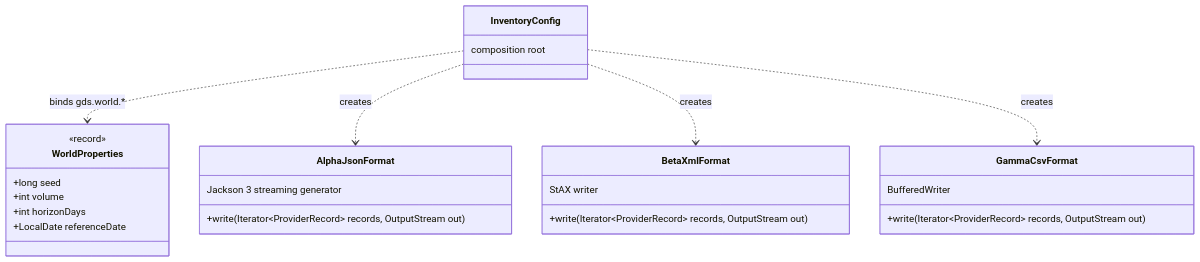
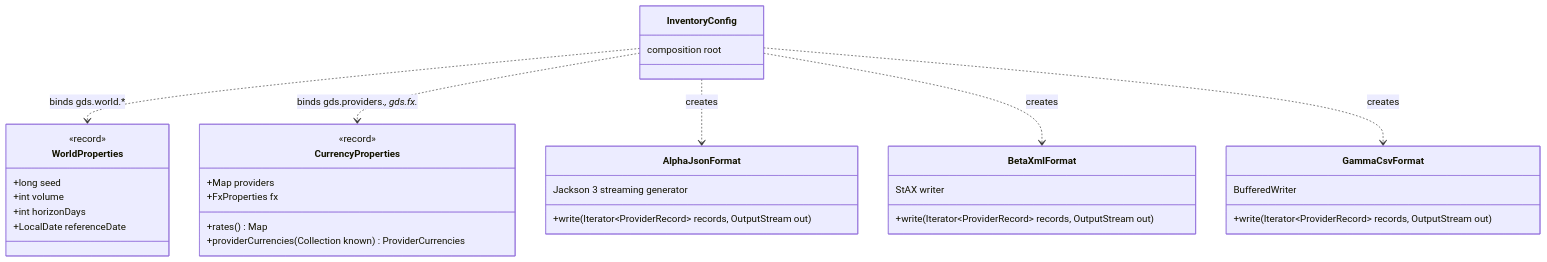
One commit to andresps980/flight-aggregator changed the second of 2 diagrams in docs/architecture/packages/gds-mock/inventory-infrastructure.md. Above: the diagram before and after it, drawn with Mermaid. The commit also changed other lines of this file and 14 other files, not shown here.

Commit message:
docs: spec 008 in usage, providers, architecture, SOLUTION.md and README; compose mixes currencies, CI uses the FX double

````diff
--- a/docs/architecture/packages/gds-mock/inventory-infrastructure.md
+++ b/docs/architecture/packages/gds-mock/inventory-infrastructure.md
@@ -64,31 +70,39 @@
 ```mermaid
 classDiagram
     %% package: com.andresps.gdsmock.inventory.infrastructure.adapter.in.web.format
     %% package: com.andresps.gdsmock.inventory.infrastructure.config
     class AlphaJsonFormat {
         Jackson 3 streaming generator
         +write(Iterator~ProviderRecord~ records, OutputStream out)
     }
     class BetaXmlFormat {
         StAX writer
         +write(Iterator~ProviderRecord~ records, OutputStream out)
     }
     class GammaCsvFormat {
         BufferedWriter
         +write(Iterator~ProviderRecord~ records, OutputStream out)
     }
     class InventoryConfig {
         composition root
     }
     class WorldProperties {
         <<record>>
         +long seed
         +int volume
         +int horizonDays
         +LocalDate referenceDate
     }
+    class CurrencyProperties {
+        <<record>>
+        +Map providers
+        +FxProperties fx
+        +rates() Map
+        +providerCurrencies(Collection known) ProviderCurrencies
+    }
     InventoryConfig ..> WorldProperties : binds gds.world.*
+    InventoryConfig ..> CurrencyProperties : binds gds.providers.*, gds.fx.*
     InventoryConfig ..> AlphaJsonFormat : creates
     InventoryConfig ..> BetaXmlFormat : creates
     InventoryConfig ..> GammaCsvFormat : creates
 ```
````
